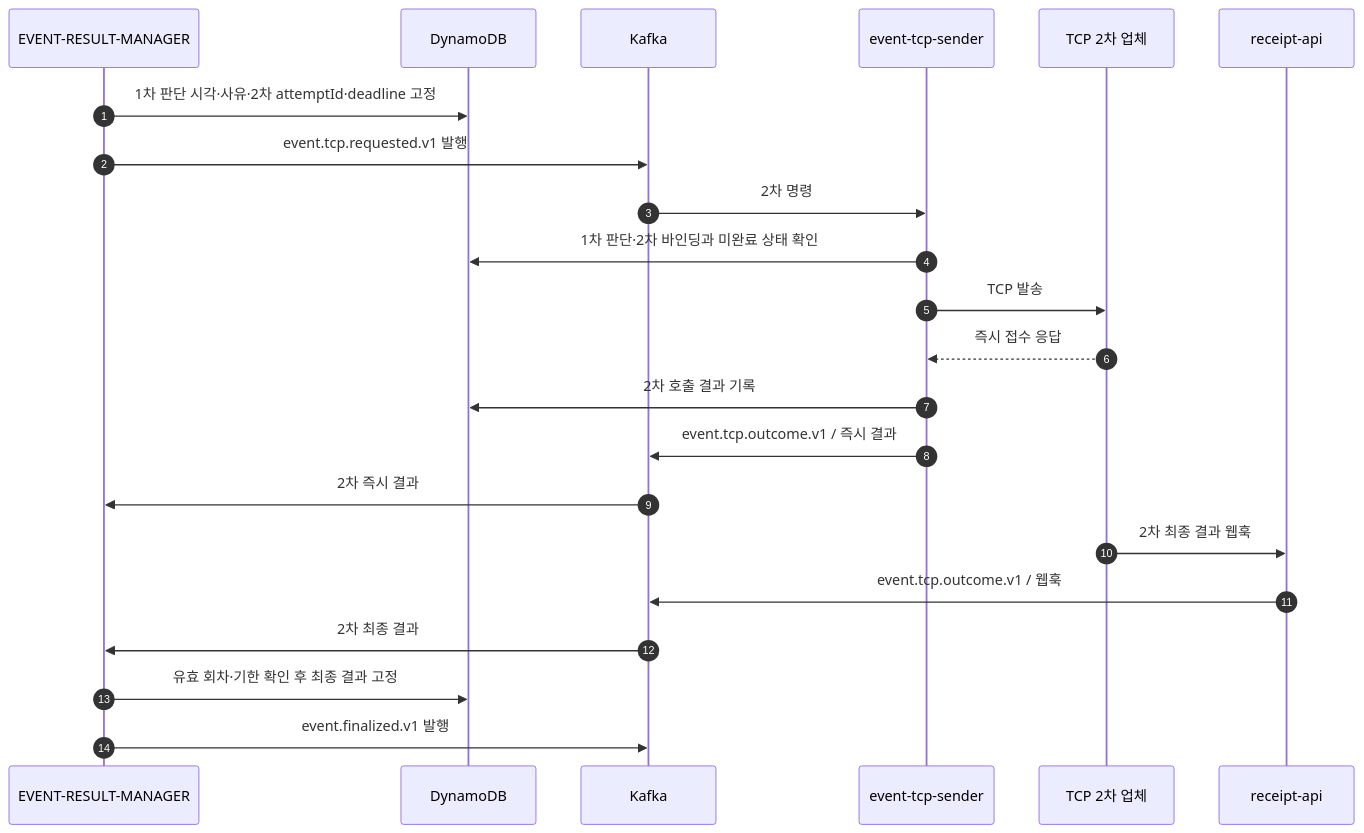
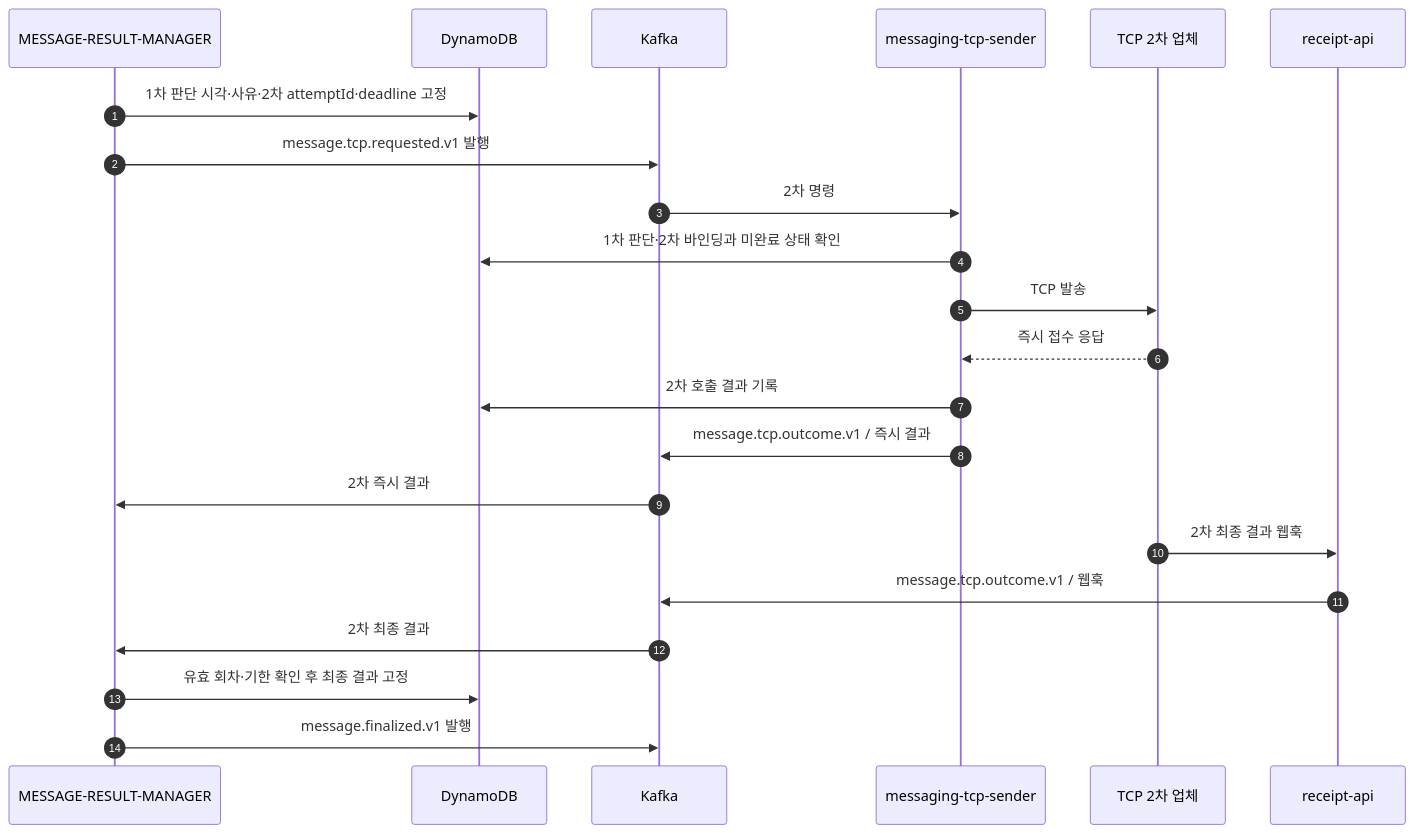
The ninth of 10 diagrams in docs/53-신규-메시지-케이스별-Call-Flow.md (hyun-seung/High-throughput-event-platform), drawn with Mermaid before and after one commit. The commit also changed other lines of this file and 16 other files, not shown here.

````diff
--- a/docs/53-신규-메시지-케이스별-Call-Flow.md
+++ b/docs/53-신규-메시지-케이스별-Call-Flow.md
@@ -281,24 +281,24 @@
 ```mermaid
 sequenceDiagram
     autonumber
-    participant M as EVENT-RESULT-MANAGER
+    participant M as MESSAGE-RESULT-MANAGER
     participant D as DynamoDB
     participant K as Kafka
-    participant T as event-tcp-sender
+    participant T as messaging-tcp-sender
     participant P as TCP 2차 업체
     participant W as receipt-api
     M->>D: 1차 판단 시각·사유·2차 attemptId·deadline 고정
-    M->>K: event.tcp.requested.v1 발행
+    M->>K: message.tcp.requested.v1 발행
     K->>T: 2차 명령
     T->>D: 1차 판단·2차 바인딩과 미완료 상태 확인
     T->>P: TCP 발송
     P-->>T: 즉시 접수 응답
     T->>D: 2차 호출 결과 기록
-    T->>K: event.tcp.outcome.v1 / 즉시 결과
+    T->>K: message.tcp.outcome.v1 / 즉시 결과
     K->>M: 2차 즉시 결과
     P->>W: 2차 최종 결과 웹훅
-    W->>K: event.tcp.outcome.v1 / 웹훅
+    W->>K: message.tcp.outcome.v1 / 웹훅
     K->>M: 2차 최종 결과
     M->>D: 유효 회차·기한 확인 후 최종 결과 고정
-    M->>K: event.finalized.v1 발행
+    M->>K: message.finalized.v1 발행
 ```
````
